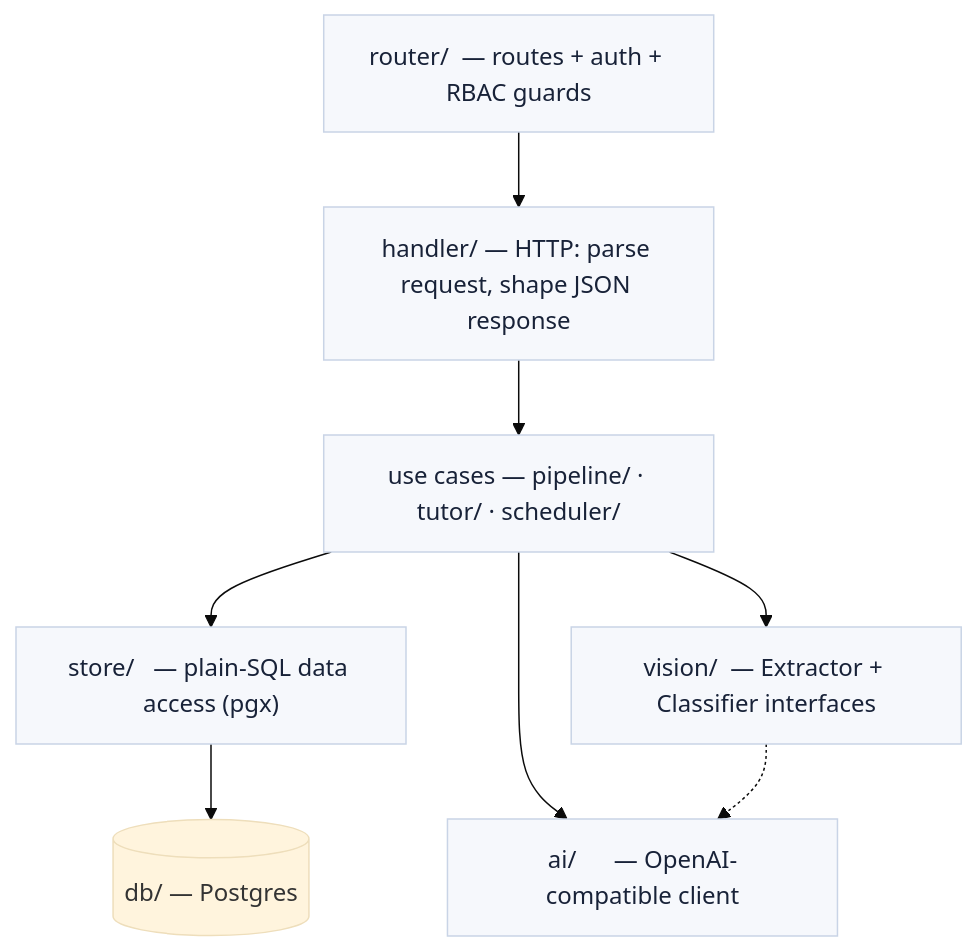
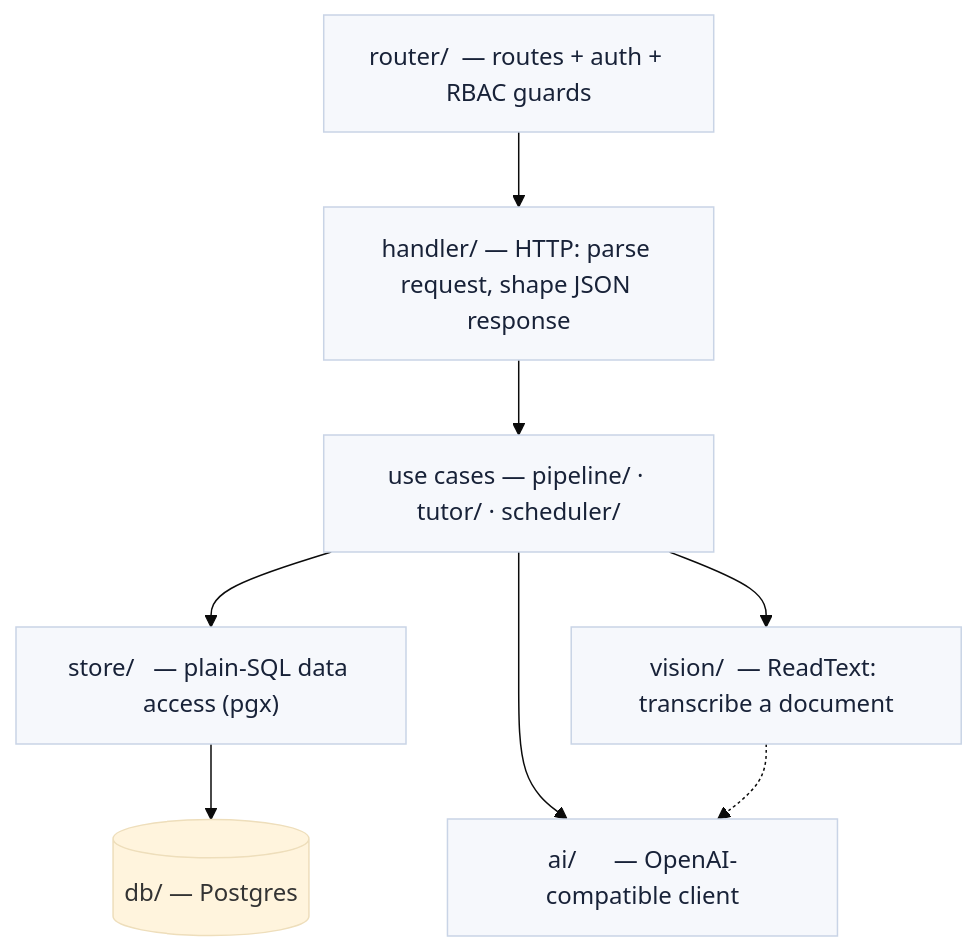
The second of 8 diagrams in docs/TECHNICAL.md (akbarharyadi/homework-studio), drawn with Mermaid (base theme) before and after one commit. The commit also changed other lines of this file and 22 other files, not shown here.

````diff
--- a/docs/TECHNICAL.md
+++ b/docs/TECHNICAL.md
@@ -100,18 +98,18 @@
 ```mermaid
 flowchart TD
     R["router/  — routes + auth + RBAC guards"]
     H["handler/ — HTTP: parse request, shape JSON response"]
     U["use cases — pipeline/ · tutor/ · scheduler/"]
     S["store/   — plain-SQL data access (pgx)"]
     D[("db/ — Postgres")]
-    V["vision/  — Extractor + Classifier interfaces"]
+    V["vision/  — ReadText: transcribe a document"]
     A["ai/      — OpenAI-compatible client"]
 
     R --> H --> U --> S --> D
     U --> V
     U --> A
     V -.-> A
 
     classDef box fill:#f6f8fc,stroke:#c9d4e6,color:#182238;
     class R,H,U,S,V,A box;
 ```
````
